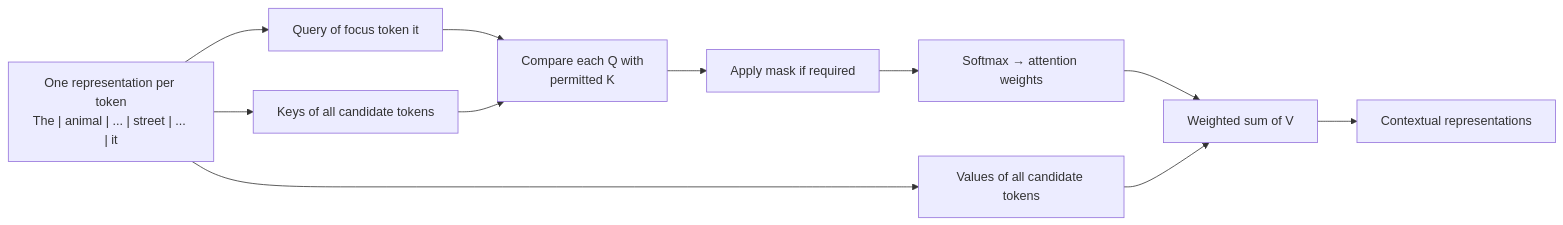
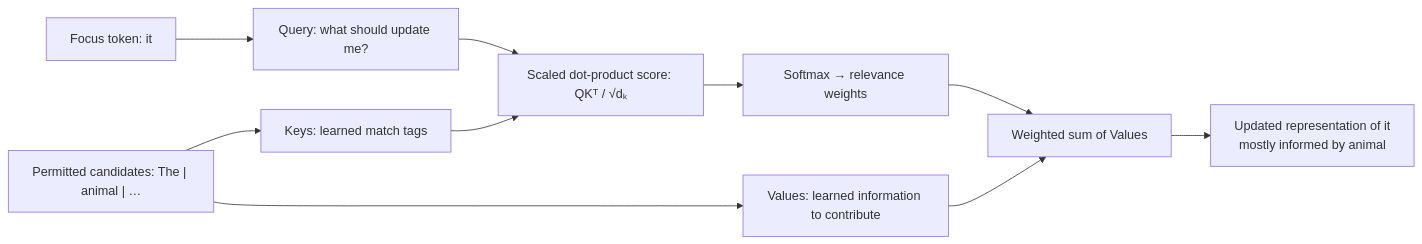
One commit to gksoriginals/lbs-full-stack-ai changed the sixth of 9 diagrams in markdown/02-large-language-models.md. Above: the diagram before and after it, drawn with Mermaid. The commit also changed other lines of this file and 12 other files, not shown here.

```diff
--- a/markdown/02-large-language-models.md
+++ b/markdown/02-large-language-models.md
@@ -349,13 +357,12 @@
 ~~~mermaid
 flowchart LR
-  X["One representation per token\nThe | animal | ... | street | ... | it"] --> Q["Query of focus token it"]
-  X --> K["Keys of all candidate tokens"]
-  X --> V["Values of all candidate tokens"]
-  Q --> MATCH["Compare each Q with\npermitted K"]
+  I["Focus token: it"] --> Q["Query: what should update me?"]
+  C["Permitted candidates: The | animal | …"] --> K["Keys: learned match tags"]
+  C --> V["Values: learned information to contribute"]
+  Q --> MATCH["Scaled dot-product score: QKᵀ / √dₖ"]
   K --> MATCH
-  MATCH --> MASK["Apply mask if required"]
-  MASK --> W["Softmax → attention weights"]
-  W --> MIX["Weighted sum of V"]
+  MATCH --> W["Softmax → relevance weights"]
+  W --> MIX["Weighted sum of Values"]
   V --> MIX
-  MIX --> O["Contextual representations"]
+  MIX --> O["Updated representation of it\nmostly informed by animal"]
 ~~~
```
